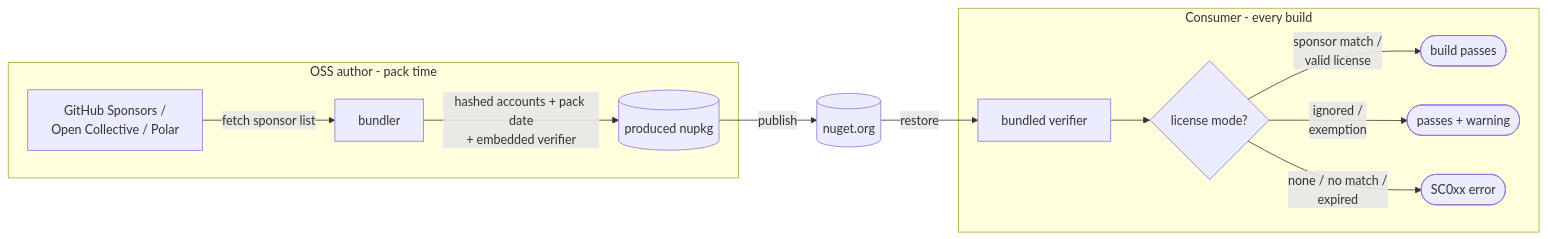
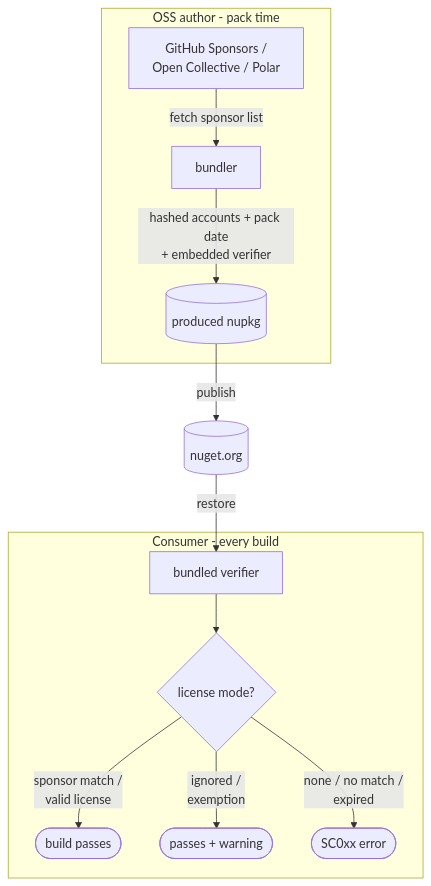
The diagram in readme.md (SimonCropp/SponsorCheck), drawn with Mermaid before and after one commit.

````diff
--- a/readme.md
+++ b/readme.md
@@ -129,15 +129,15 @@
 ```mermaid
-flowchart LR
+flowchart TD
     subgraph Author["OSS author - pack time"]
         Platforms["GitHub Sponsors /<br/>Open Collective / Polar"] -->|fetch sponsor list| Bundler[bundler]
         Bundler -->|"hashed accounts + pack date<br/>+ embedded verifier"| Nupkg[("produced nupkg")]
     end
     subgraph Consumer["Consumer - every build"]
         Verifier["bundled verifier"] --> Mode{license mode?}
         Mode -->|"sponsor match /<br/>valid license"| Pass(["build passes"])
         Mode -->|"ignored /<br/>exemption"| Warn(["passes + warning"])
         Mode -->|"none / no match /<br/>expired"| Fail(["SC0xx error"])
     end
     Nupkg -->|publish| Feed[("nuget.org")]
     Feed -->|restore| Verifier
 ```
````
